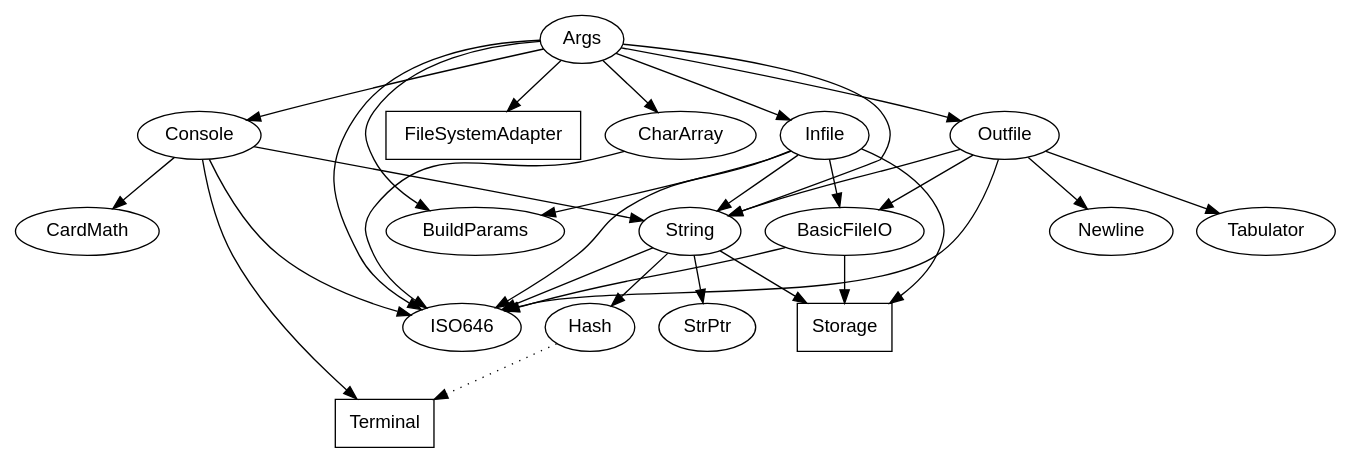
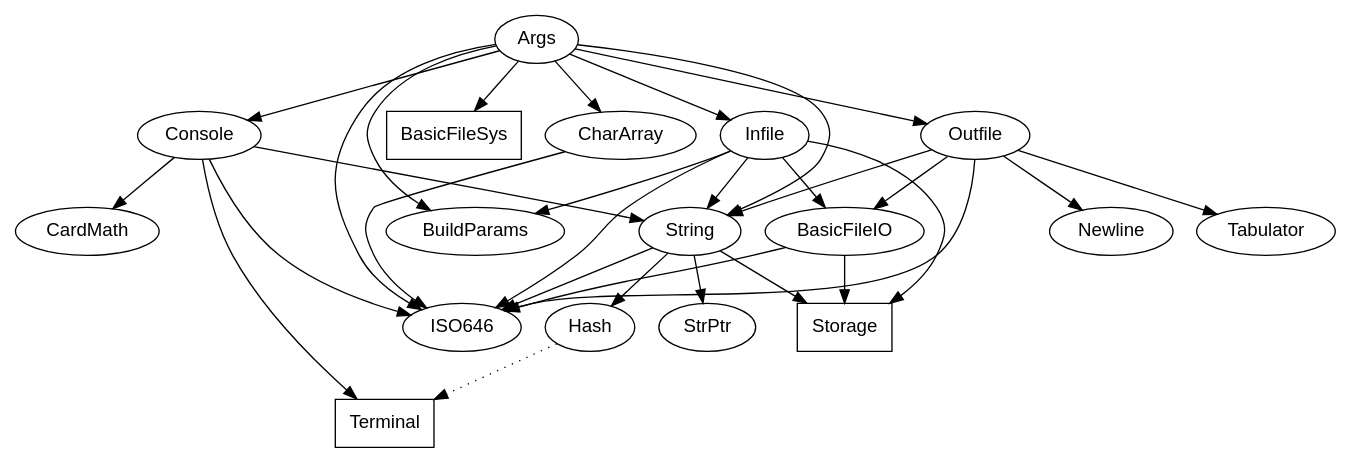
The diagram in Args.dep.dot (m2sf/M2PP-Module-Dependency-Graphs), drawn with Graphviz before and after one commit. The commit also changed 3 other files, not shown here.

```diff
--- a/Args.dep.dot
+++ b/Args.dep.dot
@@ -1,57 +1,56 @@
 digraph ArgsImports {
   node [fontname=helvetica];
   
   Args -> {
-    BuildParams CharArray Console FileSystemAdapter Infile ISO646 Outfile
-    String
+    BuildParams CharArray Console BasicFileSys Infile ISO646 Outfile String
   };
   
   BuildParams; /* no dependencies */
   
   CharArray -> {
     ISO646
   };
   
   ISO646; /* no dependencies */
   
   Console -> {
     CardMath ISO646 String Terminal
   };
   
   CardMath; /* no dependencies */
   
   String -> {
     Hash ISO646 Storage StrPtr
   };
   
   edge [style=dotted];
   Hash -> {
     Terminal
   };
   edge [style=none];
   
   Terminal [shape=box]; /* stdlib */
   
   Storage [shape=box]; /* stdlib */
   
   StrPtr; /* no dependencies */  
   
-  FileSystemAdapter [shape=box];
+  BasicFileSys [shape=box];
   
   Infile -> {
     BasicFileIO BuildParams ISO646 Storage String
   };
   
   BasicFileIO -> {
     ISO646 Storage
   };
   
   Outfile -> {
     BasicFileIO ISO646 Newline String Tabulator
   };
   
   Newline; /* no dependencies */  
   
   Tabulator; /* no dependencies */  
   
 } /* Args */
```
